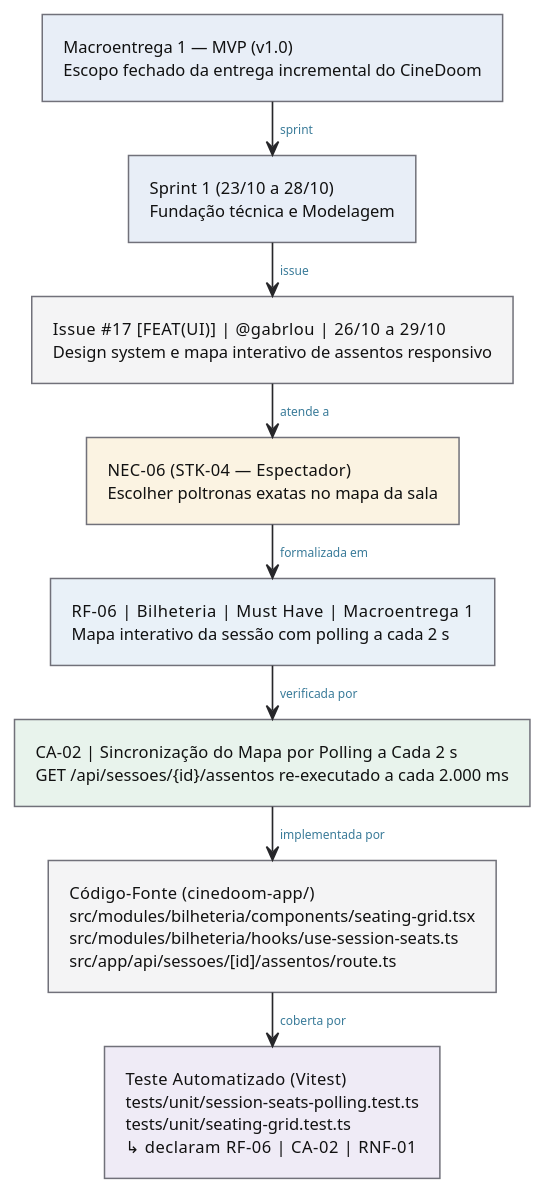
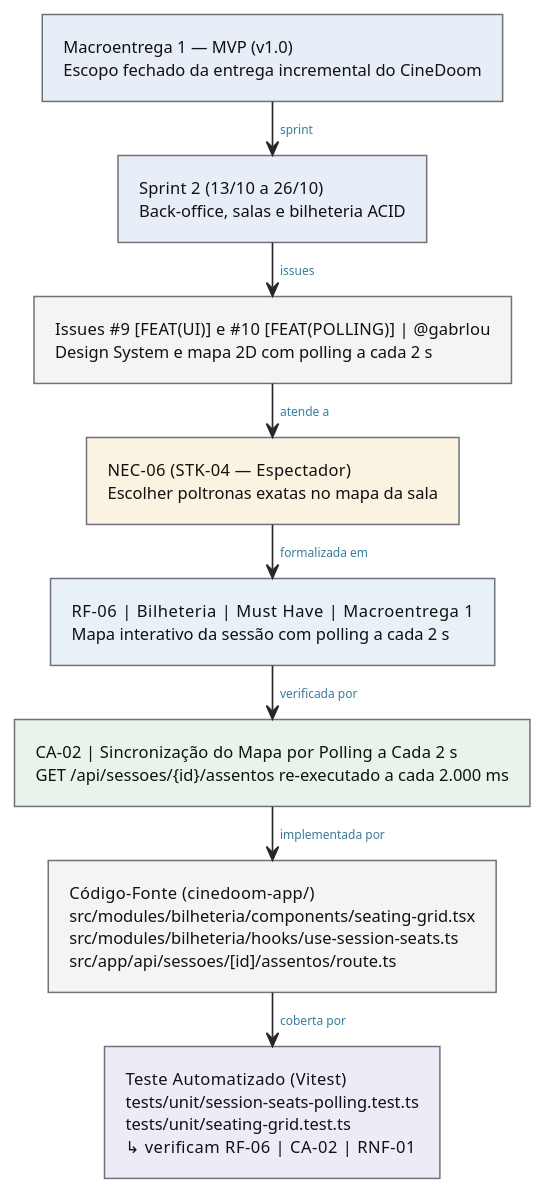
One commit to CINESOFT-SOLUTIONS/manual-processos-software changed the diagram in assets/capitulo-05/diagramas/diagrama-rastreabilidade.puml. Above: the diagram before and after it, drawn with PlantUML. The commit also changed 23 other files, not shown here.

```diff
--- a/assets/capitulo-05/diagramas/diagrama-rastreabilidade.puml
+++ b/assets/capitulo-05/diagramas/diagrama-rastreabilidade.puml
@@ -1,55 +1,56 @@
 @startuml diagrama-rastreabilidade
 ' =============================================================================
 ' CADEIA DE RASTREABILIDADE BIDIRECIONAL
 ' Macroentrega -> Sprint -> Feature (Issue) -> Necessidade (NEC) -> Requisito
 ' (RF) -> Criterio de Aceite (CA) -> Codigo-Fonte -> Teste Automatizado
 '
-' Exemplo real rastreado: Issue #17 (Sprint 1) | NEC-06 -> RF-06 -> CA-02
+' Exemplo rastreado: Issues #9 e #10 (Sprint 2) | NEC-06 -> RF-06 -> CA-02
+' (coerente com o Cap. 4, Tabela "Execução das Sprints da Macroentrega 1")
 ' Fonte: manual/capitulos/05-processos-tecnicos.md, secao 5.1.2
 ' =============================================================================
 
 top to bottom direction
 
 skinparam shadowing false
 skinparam roundCorner 0
 skinparam backgroundColor #FFFFFF
 skinparam defaultFontName "Arial"
 skinparam defaultFontSize 11
 skinparam defaultFontColor #111111
 skinparam nodesep 10
 skinparam ranksep 10
 skinparam padding 4
 skinparam linetype polyline
 
 skinparam rectangle {
   BackgroundColor #FFFFFF
   BorderColor #71717A
   BorderThickness 1
   FontColor #111111
 }
 
 skinparam arrow {
   Color #27272A
   FontColor #3A7B99
   FontSize 8
   Thickness 1.1
 }
 
 rectangle "Macroentrega 1 — MVP (v1.0)\nEscopo fechado da entrega incremental do CineDoom" as ME1 #E8EEF7
-rectangle "Sprint 1  (23/10 a 28/10)\nFundação técnica e Modelagem" as SP1 #E8EEF7
-rectangle "Issue #17  [FEAT(UI)]  |  @gabrlou  |  26/10 a 29/10\nDesign system e mapa interativo de assentos responsivo" as FEAT #F4F4F5
+rectangle "Sprint 2  (13/10 a 26/10)\nBack-office, salas e bilheteria ACID" as SP1 #E8EEF7
+rectangle "Issues #9 [FEAT(UI)] e #10 [FEAT(POLLING)]  |  @gabrlou\nDesign System e mapa 2D com polling a cada 2 s" as FEAT #F4F4F5
 rectangle "NEC-06   (STK-04 — Espectador)\nEscolher poltronas exatas no mapa da sala" as NEC #FBF3E2
 rectangle "RF-06  |  Bilheteria  |  Must Have  |  Macroentrega 1\nMapa interativo da sessão com polling a cada 2 s" as RF #E9F1F8
 rectangle "CA-02  |  Sincronização do Mapa por Polling a Cada 2 s\nGET /api/sessoes/{id}/assentos re-executado a cada 2.000 ms" as CA #E8F3EC
 rectangle "Código-Fonte   (cinedoom-app/)\nsrc/modules/bilheteria/components/seating-grid.tsx\nsrc/modules/bilheteria/hooks/use-session-seats.ts\nsrc/app/api/sessoes/[id]/assentos/route.ts" as CODE #F4F4F5
-rectangle "Teste Automatizado   (Vitest)\ntests/unit/session-seats-polling.test.ts\ntests/unit/seating-grid.test.ts\n↳ declaram RF-06  |  CA-02  |  RNF-01" as TEST #EFEBF6
+rectangle "Teste Automatizado   (Vitest)\ntests/unit/session-seats-polling.test.ts\ntests/unit/seating-grid.test.ts\n↳ verificam RF-06  |  CA-02  |  RNF-01" as TEST #EFEBF6
 
 ME1  --> SP1  : "sprint"
-SP1  --> FEAT : "issue"
+SP1  --> FEAT : "issues"
 FEAT --> NEC  : "atende a"
 NEC  --> RF   : "formalizada em"
 RF   --> CA   : "verificada por"
 CA   --> CODE : "implementada por"
 CODE --> TEST : "coberta por"
 
 @enduml
```
